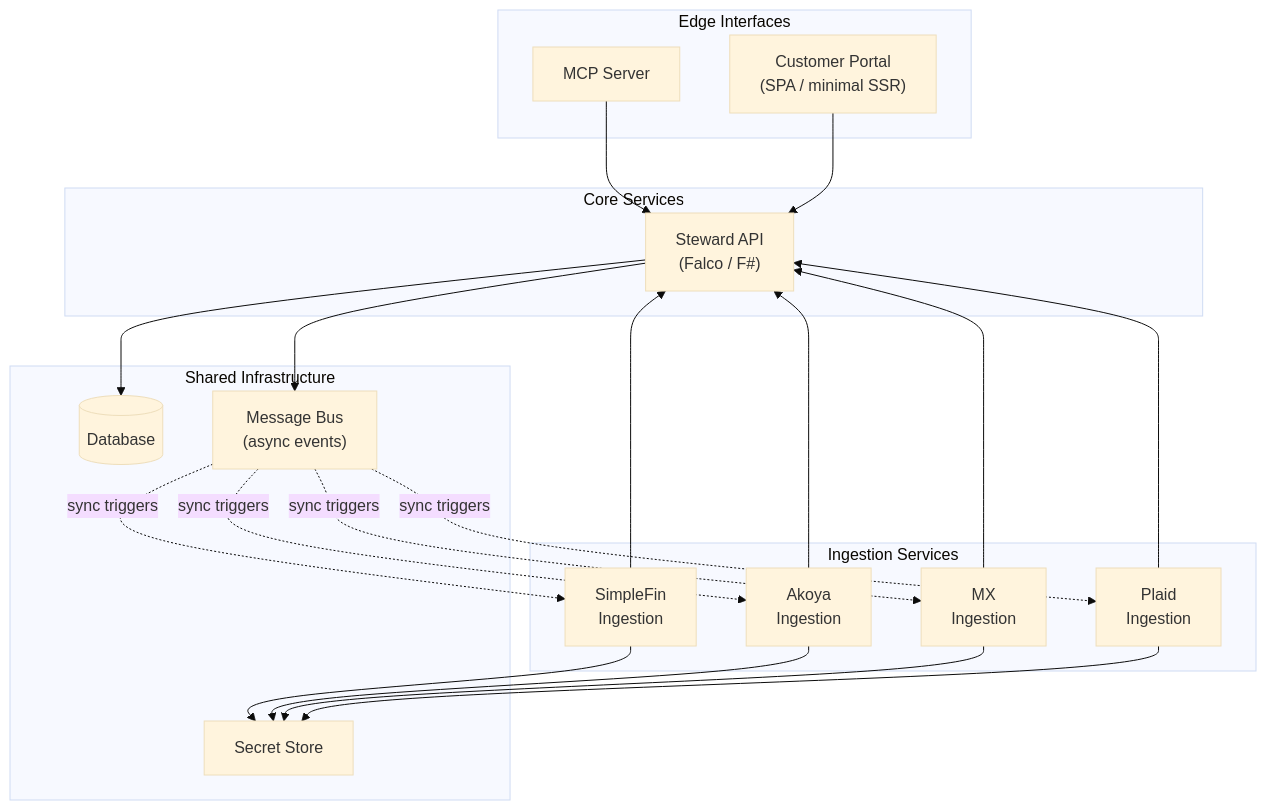
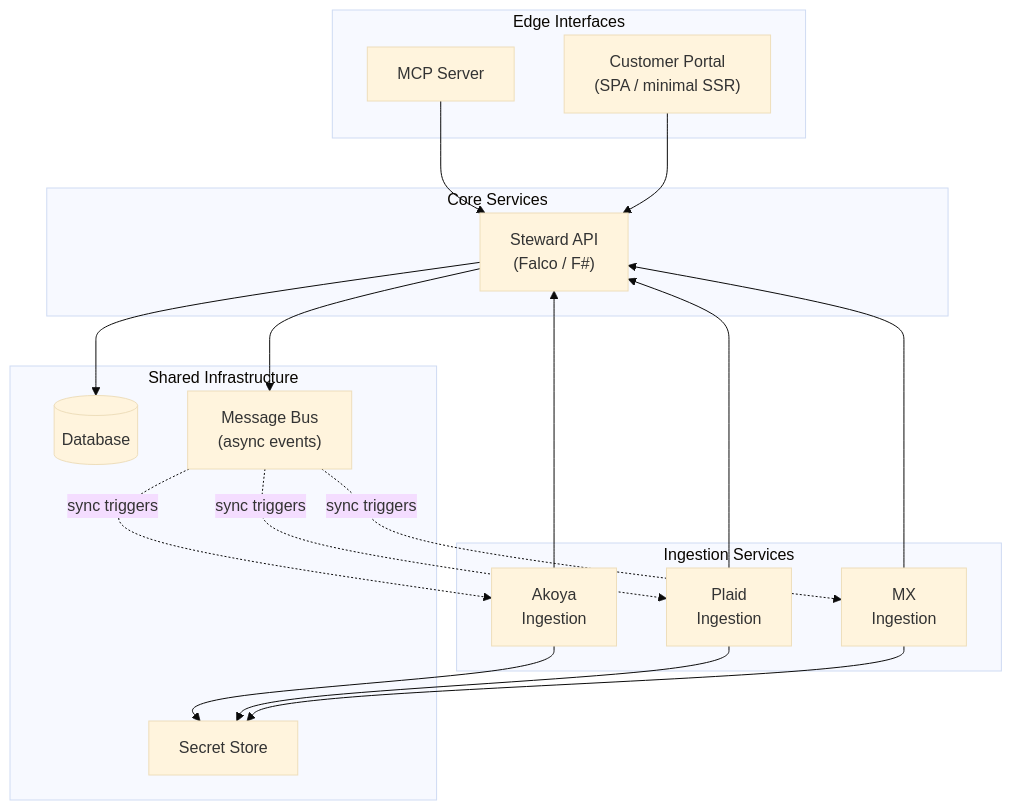
Before and after one commit to bitthicket/steward: the first of 4 diagrams in docs/adr/006-high-level-service-architecture.md, drawn with Mermaid (base theme). The commit also changed other lines of this file and 1 other file, not shown here.

First line of the commit message:
STE-7: Drop SimpleFin, adopt Akoya-first with Plaid as planned second provider

````diff
--- a/docs/adr/006-high-level-service-architecture.md
+++ b/docs/adr/006-high-level-service-architecture.md
@@ -24,45 +25,41 @@
 ```mermaid
 graph TB
     subgraph Edge["Edge Interfaces"]
         MCP["MCP Server"]
         Portal["Customer Portal<br/>(SPA / minimal SSR)"]
     end
 
     subgraph Core["Core Services"]
         API["Steward API<br/>(Falco / F#)"]
     end
 
     subgraph Ingestion["Ingestion Services"]
-        SF["SimpleFin<br/>Ingestion"]
         AK["Akoya<br/>Ingestion"]
+        PL["Plaid<br/>Ingestion"]
         MX["MX<br/>Ingestion"]
-        PL["Plaid<br/>Ingestion"]
     end
 
     subgraph Infra["Shared Infrastructure"]
         DB[(Database)]
         Q["Message Bus<br/>(async events)"]
         VS["Secret Store"]
     end
 
     MCP --> API
     Portal --> API
 
     API --> DB
     API --> Q
 
-    SF --> API
     AK --> API
+    PL --> API
     MX --> API
-    PL --> API
 
-    SF --> VS
     AK --> VS
+    PL --> VS
     MX --> VS
-    PL --> VS
 
-    Q -.->|sync triggers| SF
     Q -.->|sync triggers| AK
+    Q -.->|sync triggers| PL
     Q -.->|sync triggers| MX
-    Q -.->|sync triggers| PL
 ```
````
